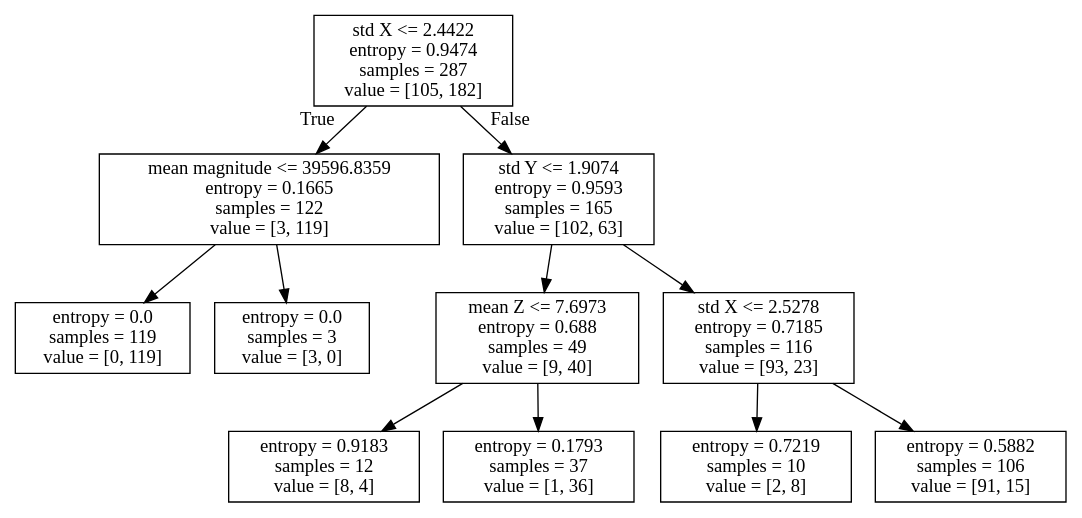
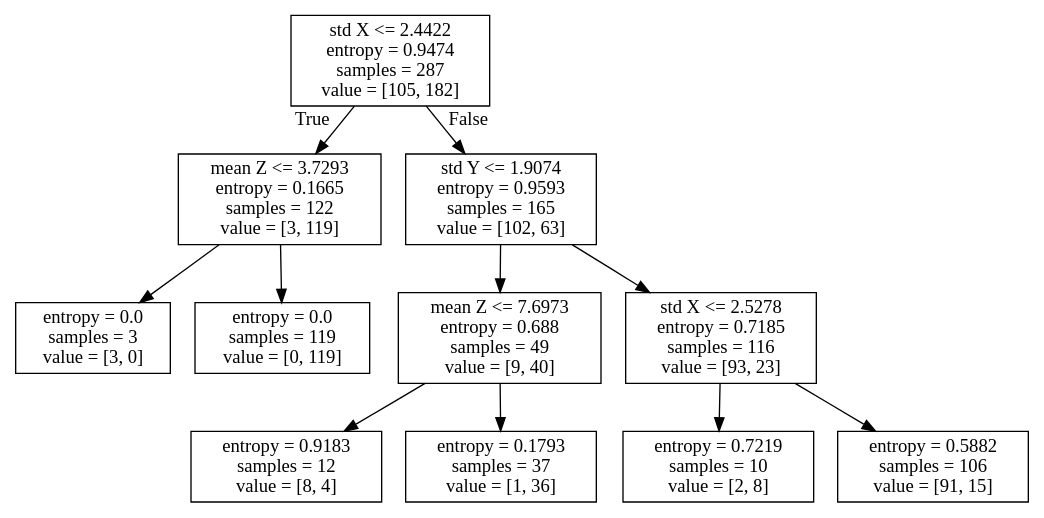
Before and after one commit to smassarik/My-Activities: the diagram in tree.dot, drawn with Graphviz. The commit also changed 9 other files, not shown here.

```diff
--- a/tree.dot
+++ b/tree.dot
@@ -1,24 +1,24 @@
 digraph Tree {
 node [shape=box] ;
 0 [label="std X <= 2.4422\nentropy = 0.9474\nsamples = 287\nvalue = [105, 182]"] ;
-1 [label="mean magnitude <= 39596.8359\nentropy = 0.1665\nsamples = 122\nvalue = [3, 119]"] ;
+1 [label="mean Z <= 3.7293\nentropy = 0.1665\nsamples = 122\nvalue = [3, 119]"] ;
 0 -> 1 [labeldistance=2.5, labelangle=45, headlabel="True"] ;
-2 [label="entropy = 0.0\nsamples = 119\nvalue = [0, 119]"] ;
+2 [label="entropy = 0.0\nsamples = 3\nvalue = [3, 0]"] ;
 1 -> 2 ;
-3 [label="entropy = 0.0\nsamples = 3\nvalue = [3, 0]"] ;
+3 [label="entropy = 0.0\nsamples = 119\nvalue = [0, 119]"] ;
 1 -> 3 ;
 4 [label="std Y <= 1.9074\nentropy = 0.9593\nsamples = 165\nvalue = [102, 63]"] ;
 0 -> 4 [labeldistance=2.5, labelangle=-45, headlabel="False"] ;
 5 [label="mean Z <= 7.6973\nentropy = 0.688\nsamples = 49\nvalue = [9, 40]"] ;
 4 -> 5 ;
 6 [label="entropy = 0.9183\nsamples = 12\nvalue = [8, 4]"] ;
 5 -> 6 ;
 7 [label="entropy = 0.1793\nsamples = 37\nvalue = [1, 36]"] ;
 5 -> 7 ;
 8 [label="std X <= 2.5278\nentropy = 0.7185\nsamples = 116\nvalue = [93, 23]"] ;
 4 -> 8 ;
 9 [label="entropy = 0.7219\nsamples = 10\nvalue = [2, 8]"] ;
 8 -> 9 ;
 10 [label="entropy = 0.5882\nsamples = 106\nvalue = [91, 15]"] ;
 8 -> 10 ;
 }
```
